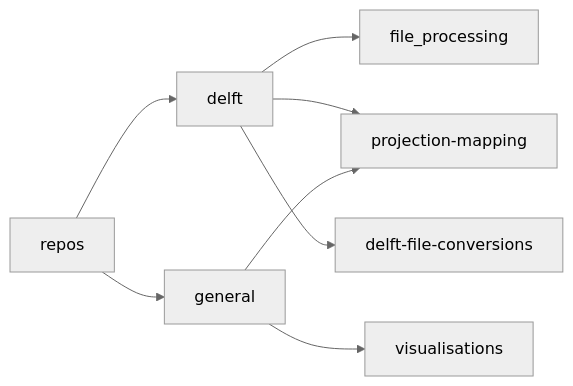
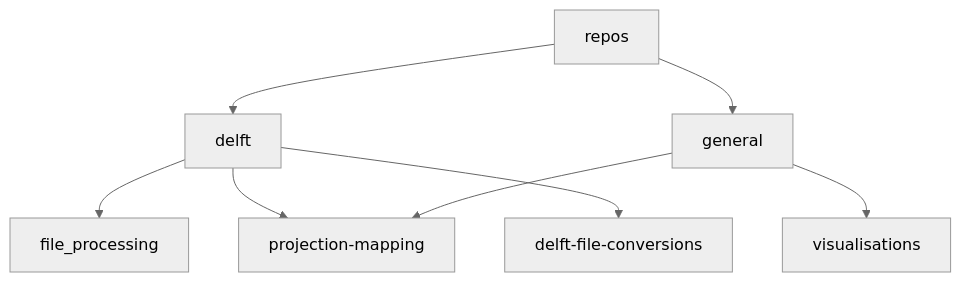
Before and after one commit to Anchor-Environmental/.github: the diagram in README.md, drawn with Mermaid (neutral theme).

````diff
--- a/README.md
+++ b/README.md
@@ -38,12 +38,12 @@
 ```mermaid
 
-graph LR
+graph TD
   repos-->delft
   delft-->file_processing
   delft-->projection-mapping
   delft-->delft-file-conversions
   repos-->general
   general-->visualisations
   general-->projection-mapping
 
 ```
````
